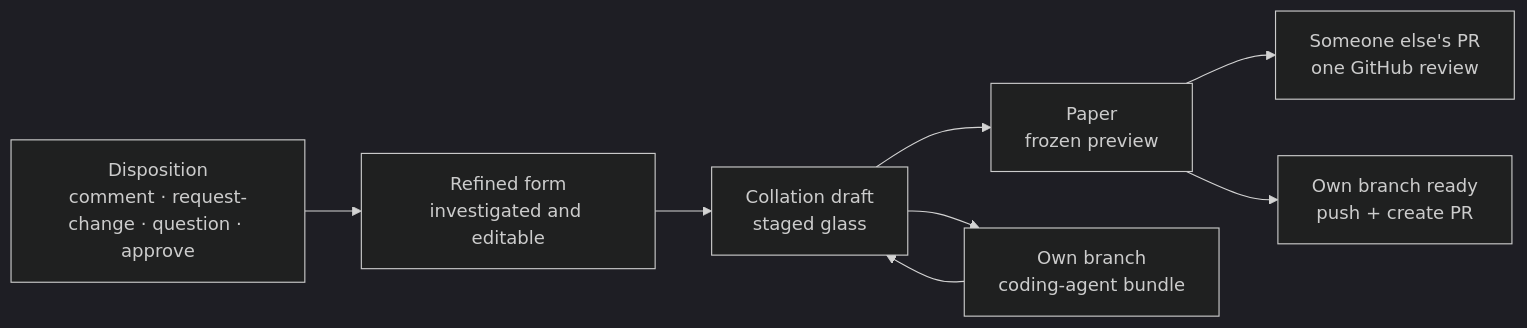
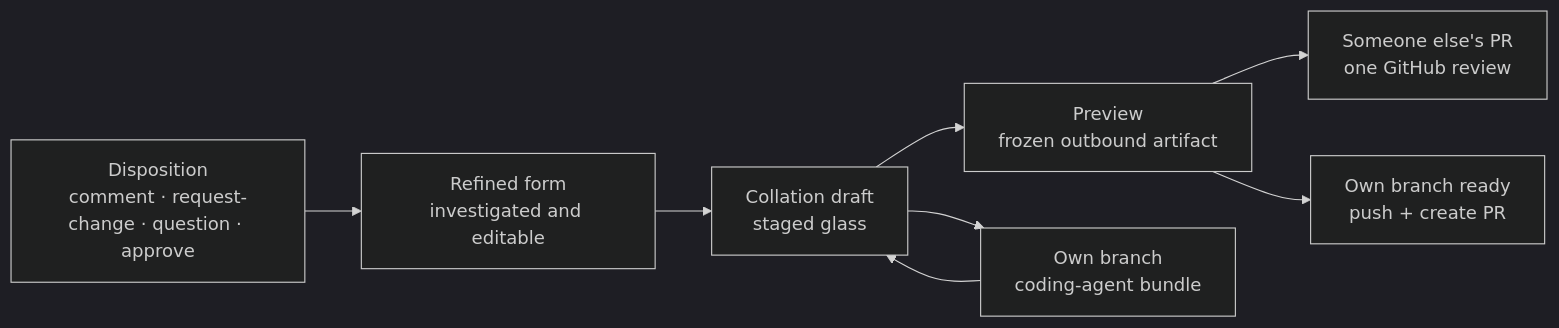
The sixth of 6 diagrams in docs/src/content/docs/developing/concepts/architecture-contracts.md (rbutera/Rennet), drawn with Mermaid (dark theme) before and after one commit. The commit also changed other lines of this file and 53 other files, not shown here.

First line of the commit message:
refactor(language): drop the paper/signing metaphor entirely — preview → post (Rai, 2026-08-18)

````diff
--- a/docs/src/content/docs/developing/concepts/architecture-contracts.md
+++ b/docs/src/content/docs/developing/concepts/architecture-contracts.md
@@ -310,15 +310,15 @@
 ```mermaid
 flowchart LR
   disposition["Disposition<br/>comment · request-change · question · approve"]
   refine["Refined form<br/>investigated and editable"]
   draft["Collation draft<br/>staged glass"]
-  paper["Paper<br/>frozen preview"]
+  preview["Preview<br/>frozen outbound artifact"]
   review["Someone else's PR<br/>one GitHub review"]
   handoff["Own branch<br/>coding-agent bundle"]
   submit["Own branch ready<br/>push + create PR"]
 
-  disposition --> refine --> draft --> paper
-  paper --> review
+  disposition --> refine --> draft --> preview
+  preview --> review
   draft --> handoff --> draft
-  paper --> submit
+  preview --> submit
 ```
````
